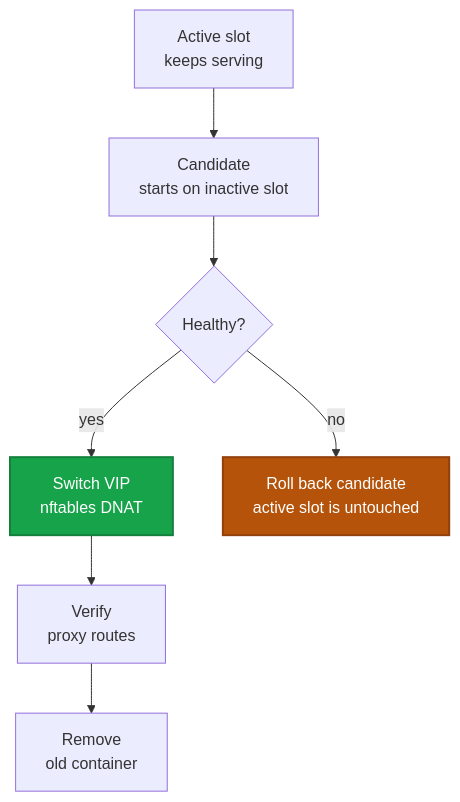
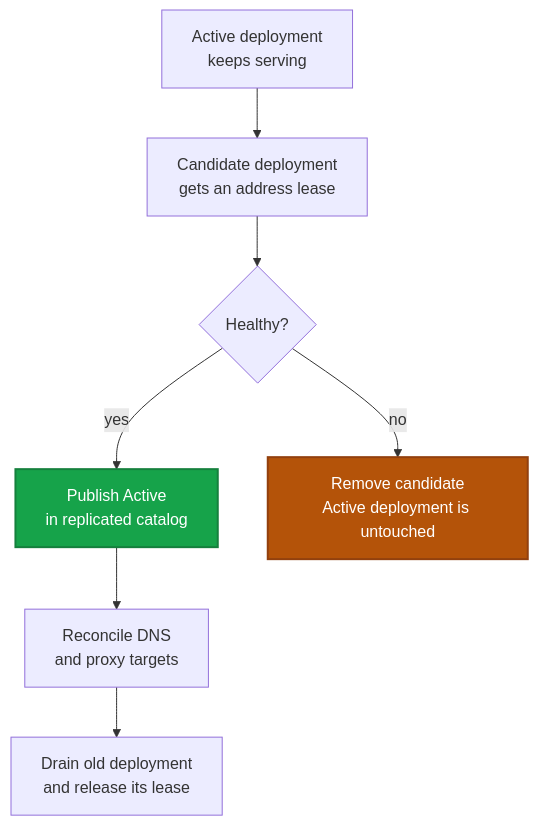
Before and after one commit to acidtib/jiji-website: the diagram in app/docs/guides/deployment/page.mdx, drawn with Mermaid. The commit also changed other lines of this file and 15 other files, not shown here.

First line of the commit message:
Refactor architecture to distributed agent-based model

````diff
--- a/app/docs/guides/deployment/page.mdx
+++ b/app/docs/guides/deployment/page.mdx
@@ -16,21 +15,21 @@
 ```mermaid
 flowchart TB
   accTitle: Zero-downtime deployment decision flow
   accDescr: Jiji starts a candidate beside the active container. A healthy candidate receives traffic before the old container is removed, while a failed candidate is rolled back without affecting the active container.
-  active["Active slot<br/>keeps serving"]
-  candidate["Candidate<br/>starts on inactive slot"]
+  active["Active deployment<br/>keeps serving"]
+  candidate["Candidate deployment<br/>gets an address lease"]
   health{"Healthy?"}
-  switch["Switch VIP<br/>nftables DNAT"]
-  routes["Verify<br/>proxy routes"]
-  cleanup["Remove<br/>old container"]
-  rollback["Roll back candidate<br/>active slot is untouched"]
+  catalog["Publish Active<br/>in replicated catalog"]
+  routes["Reconcile DNS<br/>and proxy targets"]
+  cleanup["Drain old deployment<br/>and release its lease"]
+  rollback["Remove candidate<br/>Active deployment is untouched"]
 
   active --> candidate --> health
-  health -->|"yes"| switch --> routes --> cleanup
+  health -->|"yes"| catalog --> routes --> cleanup
   health -->|"no"| rollback
 
   classDef success fill:#16a34a,color:#fff,stroke:#15803d,stroke-width:2px
   classDef failure fill:#b45309,color:#fff,stroke:#92400e,stroke-width:2px
-  class switch success
+  class catalog success
   class rollback failure
 ```
````
